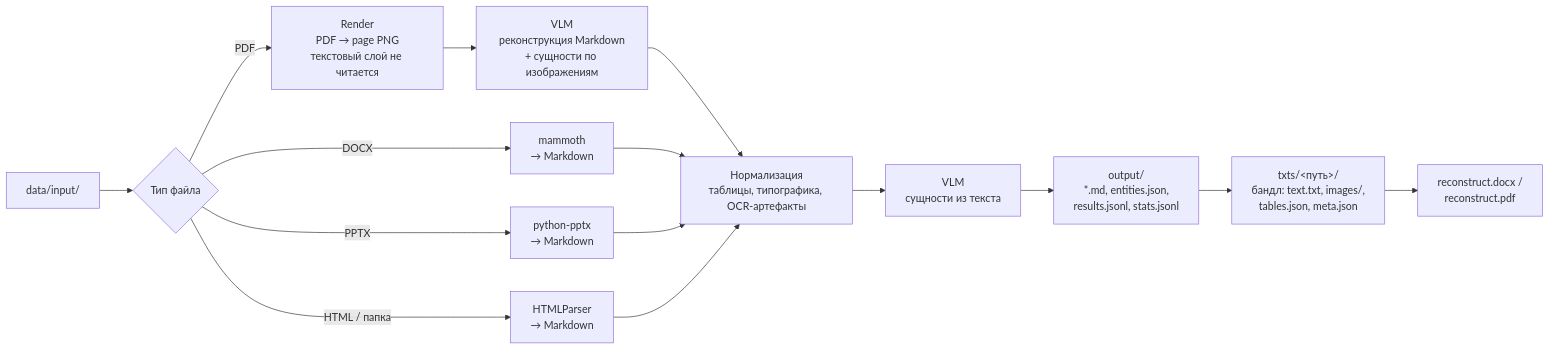
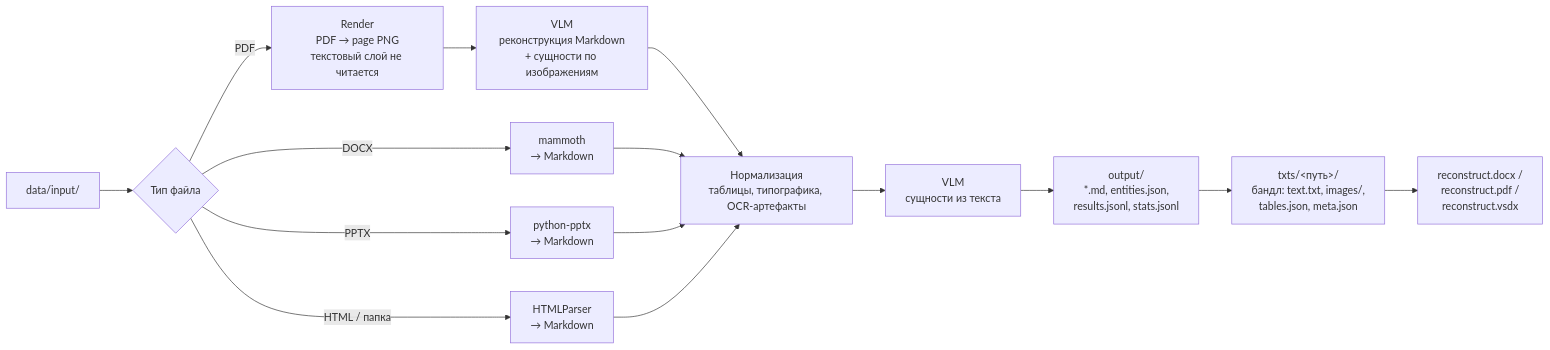
One commit to Zhilg/NEI changed the diagram in docs/SUMMARY.md. Above: the diagram before and after it, drawn with Mermaid. The commit also changed other lines of this file and 13 other files, not shown here.

````diff
--- a/docs/SUMMARY.md
+++ b/docs/SUMMARY.md
@@ -8,17 +8,17 @@
 ```mermaid
 flowchart LR
     A["data/input/"] --> B{"Тип файла"}
     B -->|PDF| C["Render\nPDF → page PNG\nтекстовый слой не читается"]
     C --> D["VLM\nреконструкция Markdown\n+ сущности по изображениям"]
     B -->|DOCX| E["mammoth\n→ Markdown"]
     B -->|PPTX| F["python-pptx\n→ Markdown"]
     B -->|HTML / папка| G["HTMLParser\n→ Markdown"]
     D --> H["Нормализация\nтаблицы, типографика, OCR-артефакты"]
     E --> H
     F --> H
     G --> H
     H --> I["VLM\nсущности из текста"]
     I --> J["output/\n*.md, entities.json,\nresults.jsonl, stats.jsonl"]
     J --> K["txts/<путь>/\nбандл: text.txt, images/,\ntables.json, meta.json"]
-    K --> L["reconstruct.docx /\nreconstruct.pdf"]
+    K --> L["reconstruct.docx /\nreconstruct.pdf /\nreconstruct.vsdx"]
 ```
````
